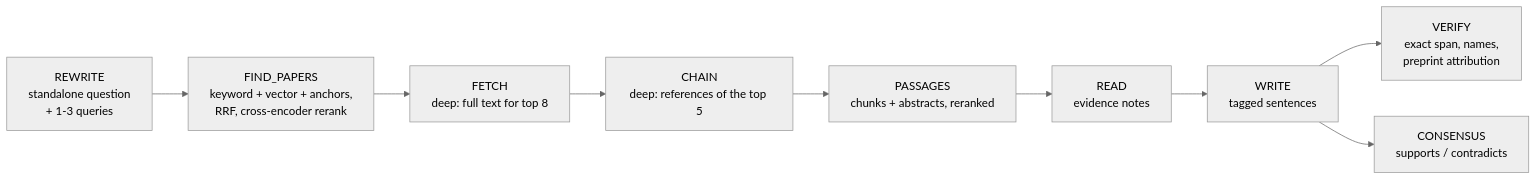
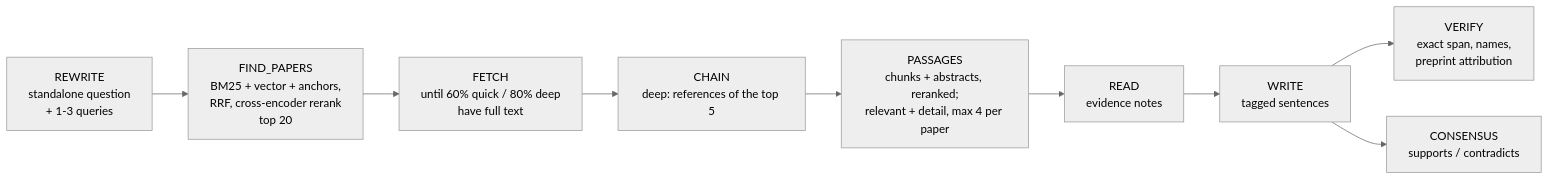
The second of 2 diagrams in README.md (Sounabha07/Research-Paper-Search-Engine), drawn with Mermaid (neutral theme) before and after one commit. The commit also changed other lines of this file and 20 other files, not shown here.

````diff
--- a/README.md
+++ b/README.md
@@ -54,11 +56,11 @@
 ```mermaid
 flowchart LR
-    RW[REWRITE<br/>standalone question<br/>+ 1-3 queries] --> FP[FIND_PAPERS<br/>keyword + vector + anchors,<br/>RRF, cross-encoder rerank]
-    FP --> FE[FETCH<br/>deep: full text for top 8]
+    RW[REWRITE<br/>standalone question<br/>+ 1-3 queries] --> FP[FIND_PAPERS<br/>BM25 + vector + anchors,<br/>RRF, cross-encoder rerank<br/>top 20]
+    FP --> FE[FETCH<br/>until 60% quick / 80% deep<br/>have full text]
     FE --> CH[CHAIN<br/>deep: references of the top 5]
-    CH --> PA[PASSAGES<br/>chunks + abstracts, reranked]
+    CH --> PA[PASSAGES<br/>chunks + abstracts, reranked;<br/>relevant + detail, max 4 per paper]
     PA --> RD[READ<br/>evidence notes]
     RD --> WR[WRITE<br/>tagged sentences]
     WR --> VE[VERIFY<br/>exact span, names,<br/>preprint attribution]
     WR --> CO[CONSENSUS<br/>supports / contradicts]
 ```
````
